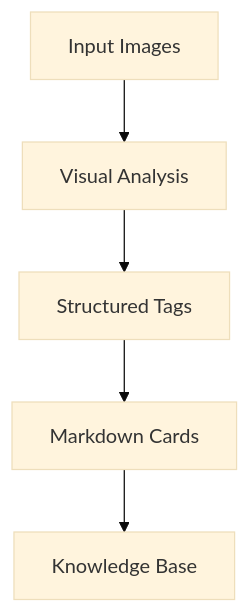
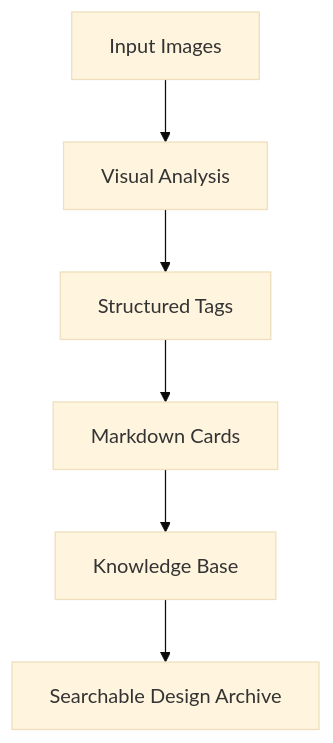
Before and after one commit to 9z4k8fjtw4-dotcom/design-knowledge-engine: the diagram in README.md, drawn with Mermaid (base theme). The commit also changed other lines of this file, not shown here.

````diff
--- a/README.md
+++ b/README.md
@@ -66,7 +83,8 @@
 ```mermaid
 flowchart TD
     A[Input Images] --> B[Visual Analysis]
     B --> C[Structured Tags]
     C --> D[Markdown Cards]
     D --> E[Knowledge Base]
+    E --> F[Searchable Design Archive]
 ```
````
